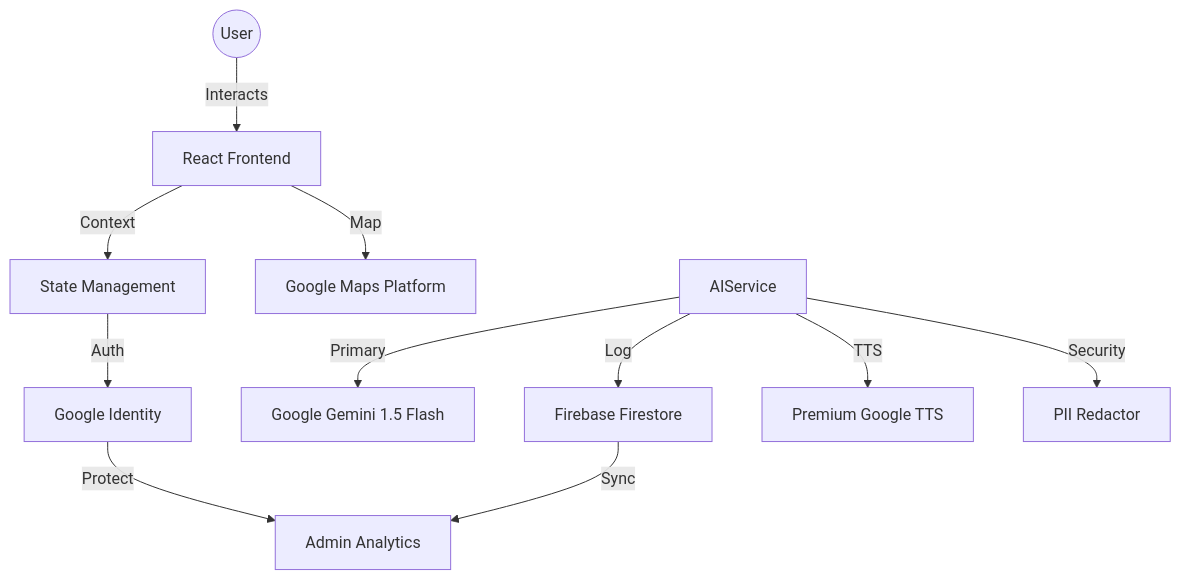
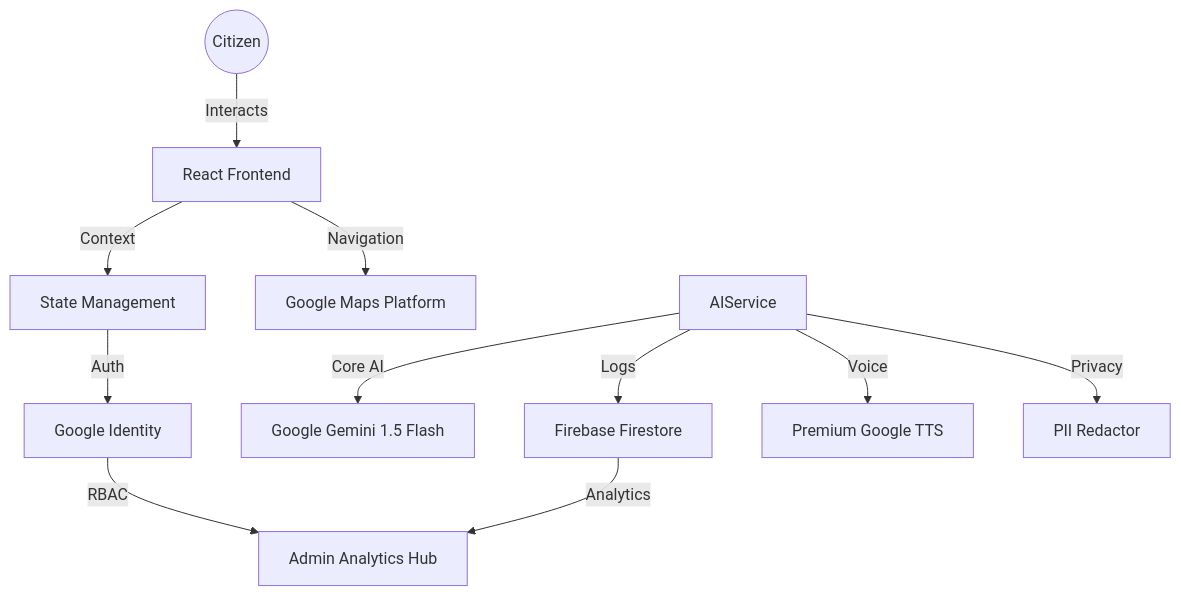
Before and after one commit to Kubojah-Dan/Elections-AI-Agent: the diagram in README.md, drawn with Mermaid. The commit also changed other lines of this file and 27 other files, not shown here.

````diff
--- a/README.md
+++ b/README.md
@@ -31,15 +31,15 @@
 ```mermaid
 graph TD
-    User((User)) -->|Interacts| UI[React Frontend]
+    User((Citizen)) -->|Interacts| UI[React Frontend]
     UI -->|Context| AppContext[State Management]
     AppContext -->|Auth| Firebase_Auth[Google Identity]
-    UI -->|Map| Google_Maps[Google Maps Platform]
+    UI -->|Navigation| Google_Maps[Google Maps Platform]
     
-    AIService -->|Primary| Gemini[Google Gemini 1.5 Flash]
-    AIService -->|Log| Firestore[Firebase Firestore]
-    AIService -->|TTS| Cloud_TTS[Premium Google TTS]
-    AIService -->|Security| PII_Redactor[PII Redactor]
+    AIService -->|Core AI| Gemini[Google Gemini 1.5 Flash]
+    AIService -->|Logs| Firestore[Firebase Firestore]
+    AIService -->|Voice| Cloud_TTS[Premium Google TTS]
+    AIService -->|Privacy| PII_Redactor[PII Redactor]
     
-    Firestore -->|Sync| Admin_Dashboard[Admin Analytics]
-    Firebase_Auth -->|Protect| Admin_Dashboard
+    Firestore -->|Analytics| Admin_Dashboard[Admin Analytics Hub]
+    Firebase_Auth -->|RBAC| Admin_Dashboard
 ```
````
